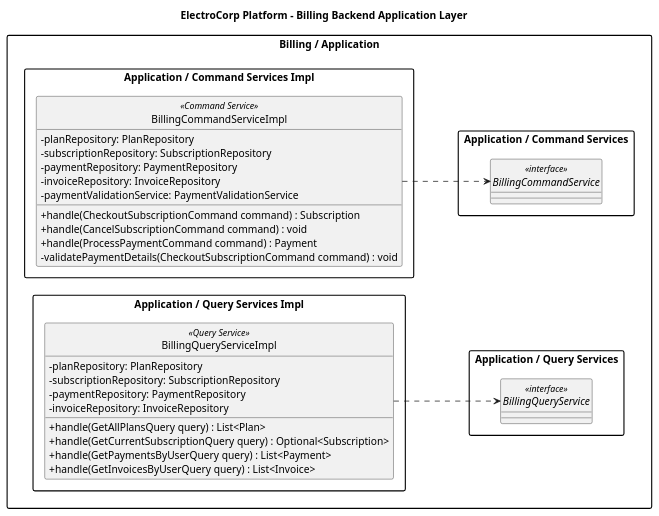
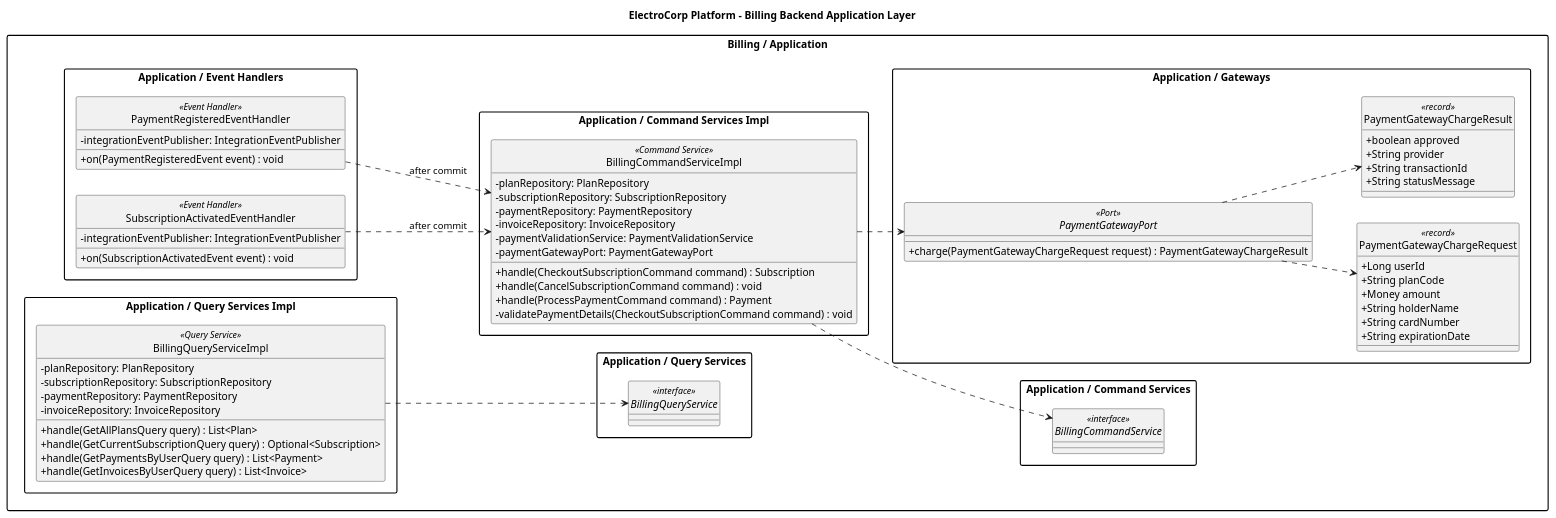
One commit to upc-pre-202610-1asi0729-11896-ecorp/electrocorp-report changed the diagram in docs/diagrams/class/backend/layers/billing/backend-billing-application-class-diagram.puml. Above: the diagram before and after it, drawn with PlantUML. The commit also changed 34 other files, not shown here.

Commit message:
docs: update final architecture diagrams

```diff
--- a/docs/diagrams/class/backend/layers/billing/backend-billing-application-class-diagram.puml
+++ b/docs/diagrams/class/backend/layers/billing/backend-billing-application-class-diagram.puml
@@ -1,49 +1,84 @@
 @startuml
 title ElectroCorp Platform - Billing Backend Application Layer
 left to right direction
 skinparam packageStyle rectangle
 skinparam shadowing false
 skinparam classAttributeIconSize 0
 hide circle
 
 package "Billing / Application" {
   package "Application / Command Services" {
     interface "BillingCommandService" as Backend_billing_BillingCommandService <<interface>> {
     }
   }
   package "Application / Command Services Impl" {
     class "BillingCommandServiceImpl" as Backend_billing_BillingCommandServiceImpl <<Command Service>> {
       - planRepository: PlanRepository
       - subscriptionRepository: SubscriptionRepository
       - paymentRepository: PaymentRepository
       - invoiceRepository: InvoiceRepository
       - paymentValidationService: PaymentValidationService
+      - paymentGatewayPort: PaymentGatewayPort
       + handle(CheckoutSubscriptionCommand command) : Subscription
       + handle(CancelSubscriptionCommand command) : void
       + handle(ProcessPaymentCommand command) : Payment
       - validatePaymentDetails(CheckoutSubscriptionCommand command) : void
+    }
+  }
+  package "Application / Gateways" {
+    interface "PaymentGatewayPort" as Backend_billing_PaymentGatewayPort <<Port>> {
+      + charge(PaymentGatewayChargeRequest request) : PaymentGatewayChargeResult
+    }
+    class "PaymentGatewayChargeRequest" as Backend_billing_PaymentGatewayChargeRequest <<record>> {
+      + Long userId
+      + String planCode
+      + Money amount
+      + String holderName
+      + String cardNumber
+      + String expirationDate
+    }
+    class "PaymentGatewayChargeResult" as Backend_billing_PaymentGatewayChargeResult <<record>> {
+      + boolean approved
+      + String provider
+      + String transactionId
+      + String statusMessage
+    }
+  }
+  package "Application / Event Handlers" {
+    class "SubscriptionActivatedEventHandler" as Backend_billing_SubscriptionActivatedEventHandler <<Event Handler>> {
+      - integrationEventPublisher: IntegrationEventPublisher
+      + on(SubscriptionActivatedEvent event) : void
+    }
+    class "PaymentRegisteredEventHandler" as Backend_billing_PaymentRegisteredEventHandler <<Event Handler>> {
+      - integrationEventPublisher: IntegrationEventPublisher
+      + on(PaymentRegisteredEvent event) : void
     }
   }
   package "Application / Query Services" {
     interface "BillingQueryService" as Backend_billing_BillingQueryService <<interface>> {
     }
   }
   package "Application / Query Services Impl" {
     class "BillingQueryServiceImpl" as Backend_billing_BillingQueryServiceImpl <<Query Service>> {
       - planRepository: PlanRepository
       - subscriptionRepository: SubscriptionRepository
       - paymentRepository: PaymentRepository
       - invoiceRepository: InvoiceRepository
       + handle(GetAllPlansQuery query) : List<Plan>
       + handle(GetCurrentSubscriptionQuery query) : Optional<Subscription>
       + handle(GetPaymentsByUserQuery query) : List<Payment>
       + handle(GetInvoicesByUserQuery query) : List<Invoice>
     }
   }
 }
 
 Backend_billing_BillingCommandServiceImpl ..> Backend_billing_BillingCommandService
+Backend_billing_BillingCommandServiceImpl ..> Backend_billing_PaymentGatewayPort
+Backend_billing_PaymentGatewayPort ..> Backend_billing_PaymentGatewayChargeRequest
+Backend_billing_PaymentGatewayPort ..> Backend_billing_PaymentGatewayChargeResult
+Backend_billing_SubscriptionActivatedEventHandler ..> Backend_billing_BillingCommandServiceImpl : after commit
+Backend_billing_PaymentRegisteredEventHandler ..> Backend_billing_BillingCommandServiceImpl : after commit
 Backend_billing_BillingQueryServiceImpl ..> Backend_billing_BillingQueryService
 
 
 @enduml
```
